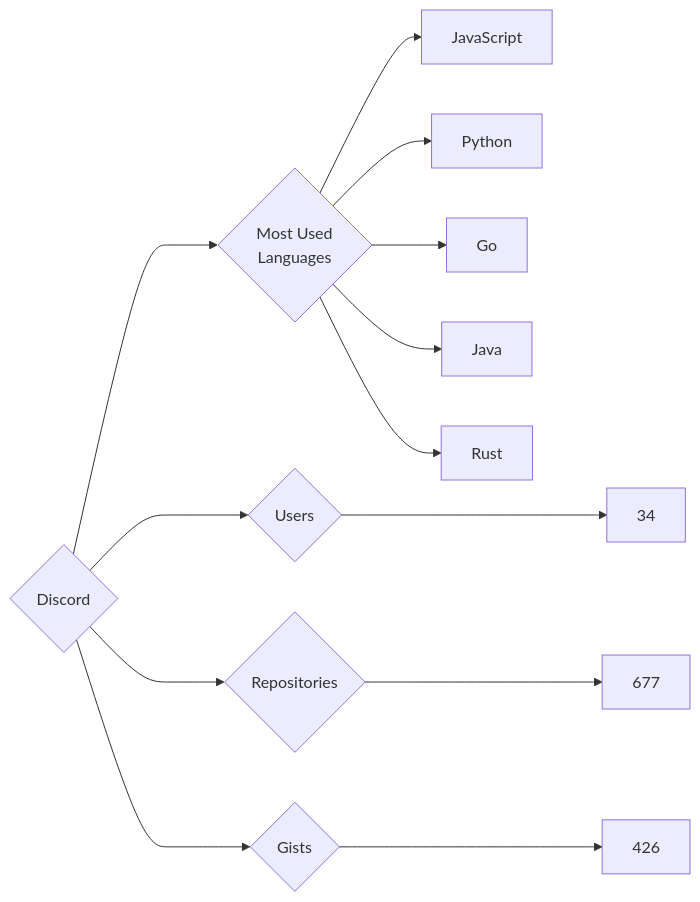
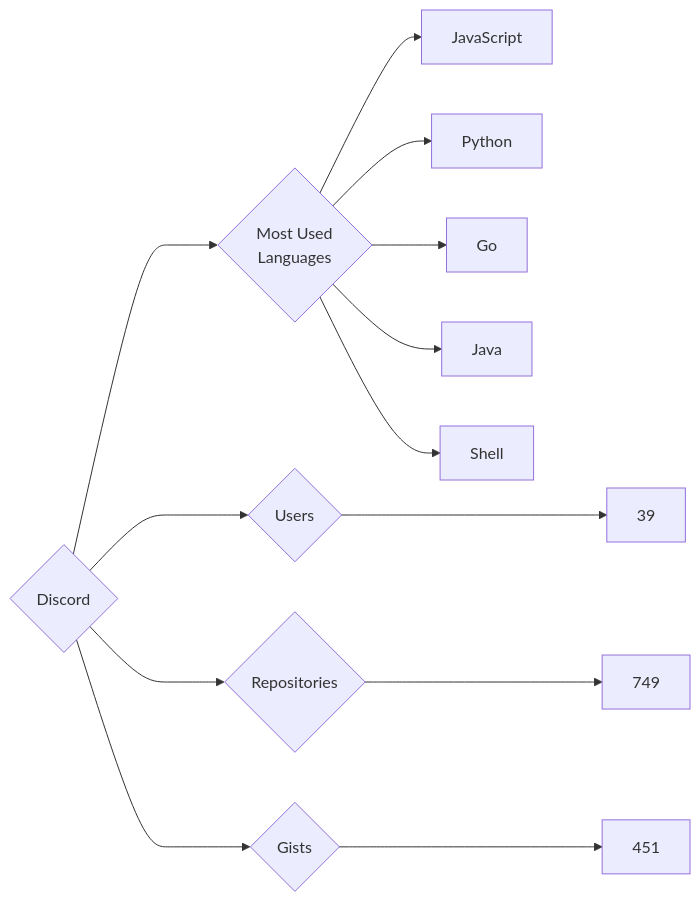
One commit to trickest/insiders changed the diagram in targets/Discord/README.md. Above: the diagram before and after it, drawn with Mermaid. The commit also changed 640 other files, not shown here.

````diff
--- a/targets/Discord/README.md
+++ b/targets/Discord/README.md
@@ -3,13 +3,13 @@
 ```mermaid
 graph LR
 COMPANY_NAME{Discord}
-COMPANY_NAME ---> U{Users} ---> UN[34]
-COMPANY_NAME ---> R{Repositories} ---> RN[677]
-COMPANY_NAME ---> G{Gists} ---> GN[426]
+COMPANY_NAME ---> U{Users} ---> UN[39]
+COMPANY_NAME ---> R{Repositories} ---> RN[749]
+COMPANY_NAME ---> G{Gists} ---> GN[451]
 COMPANY_NAME ---> ML{Most Used<br>Languages}
 ML --> JavaScript[JavaScript]
 ML --> Python[Python]
 ML --> Go[Go]
 ML --> Java[Java]
-ML --> Rust[Rust]
+ML --> Shell[Shell]
 ```
````
